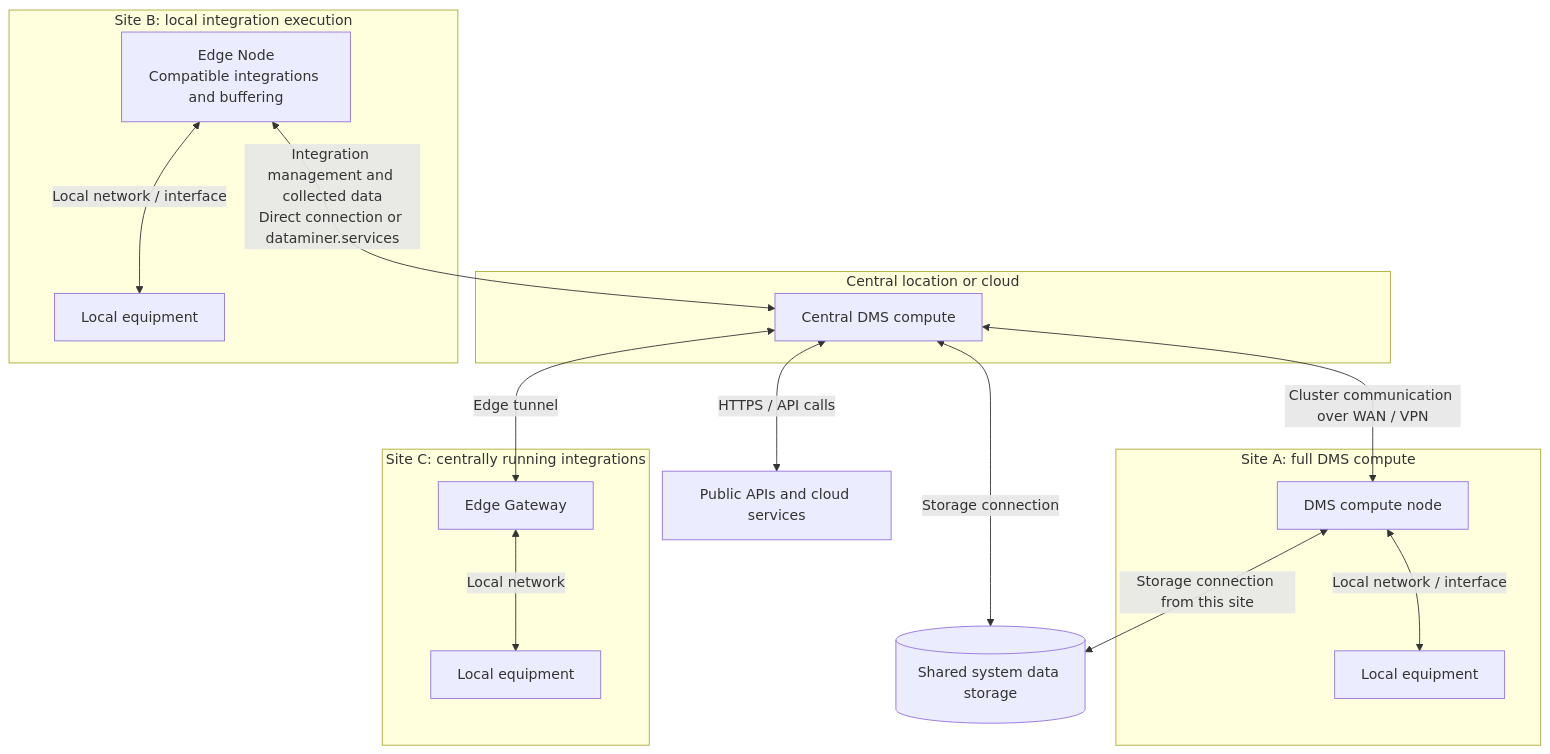
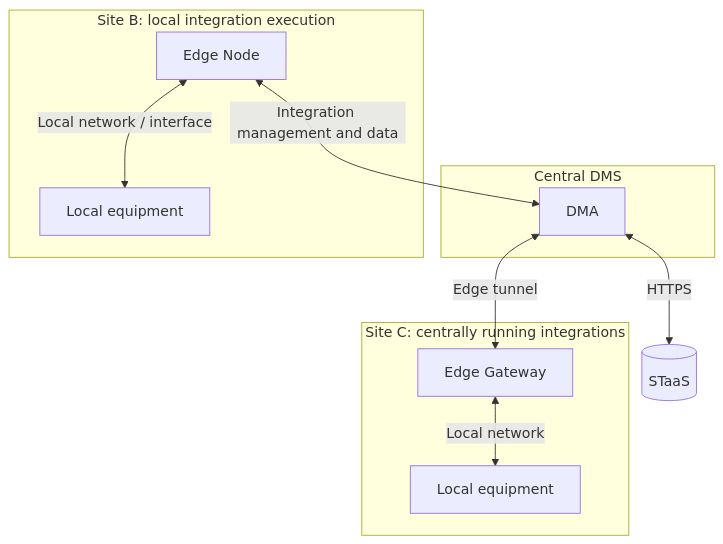
Before and after one commit to SkylineCommunications/dataminer-docs: the second of 2 diagrams in dataminer/About_DataMiner/System_architectures/Topologies/Architecture_distributed_sites.md, drawn with Mermaid. The commit also changed other lines of this file and 6 other files, not shown here.

First line of the commit message:
Simplify DataMiner topology diagrams

````diff
--- a/dataminer/About_DataMiner/System_architectures/Topologies/Architecture_distributed_sites.md
+++ b/dataminer/About_DataMiner/System_architectures/Topologies/Architecture_distributed_sites.md
@@ -31,29 +57,20 @@
 ```mermaid
 flowchart TB
-    subgraph Central["Central location or cloud"]
-        D["Central DMS compute"]
+    subgraph Central["Central DMS"]
+        D["DMA"]
     end
-    S[("Shared system data storage")]
-    P["Public APIs and cloud services"]
-    subgraph A["Site A: full DMS compute"]
-        DA["DMS compute node"]
-        EA["Local equipment"]
-        DA <-->|"Local network / interface"| EA
-    end
+    S[("STaaS")]
     subgraph B["Site B: local integration execution"]
-        N["Edge Node<br/>Compatible integrations and buffering"]
+        N["Edge Node"]
         EB["Local equipment"]
         N <-->|"Local network / interface"| EB
     end
     subgraph C["Site C: centrally running integrations"]
         G["Edge Gateway"]
         EC["Local equipment"]
         G <-->|"Local network"| EC
     end
-    D <-->|"Cluster communication over WAN / VPN"| DA
-    D <-->|"Storage connection"| S
-    DA <-->|"Storage connection from this site"| S
-    N <-->|"Integration management and collected data<br/>Direct connection or dataminer.services"| D
+    D <-->|"HTTPS"| S
+    N <-->|"Integration management and data"| D
     D <-->|"Edge tunnel"| G
-    D <-->|"HTTPS / API calls"| P
 ```
````
